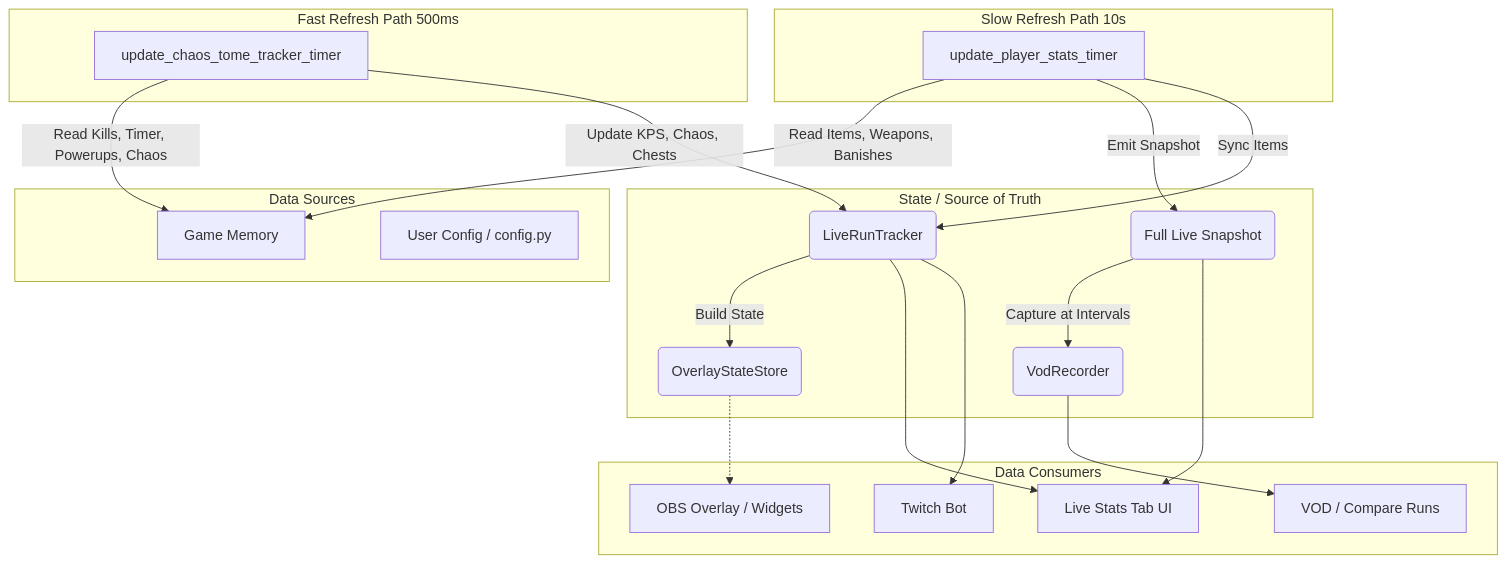
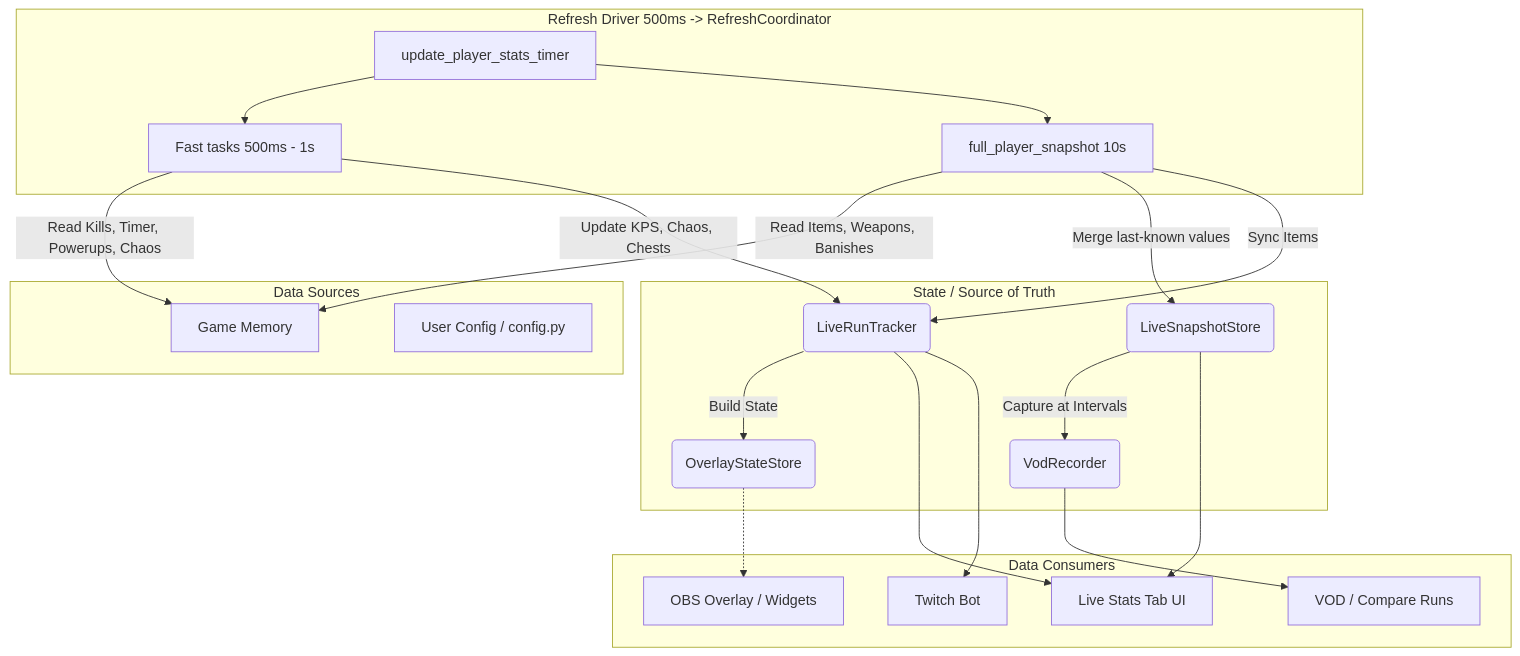
One commit to ALuiell/BonkScanner changed the second of 2 diagrams in docs/design/app/data_flow_architecture.md. Above: the diagram before and after it, drawn with Mermaid. The commit also changed other lines of this file and 2 other files, not shown here.

````diff
--- a/docs/design/app/data_flow_architecture.md
+++ b/docs/design/app/data_flow_architecture.md
@@ -55,48 +68,47 @@
 ```mermaid
 flowchart TD
     %% Sources
     subgraph Sources [Data Sources]
         GM[Game Memory]
         CFG[User Config / config.py]
     end
 
-    %% Fast Refresh Loop
-    subgraph FastRefresh [Fast Refresh Path 500ms]
-        FastTimer[update_chaos_tome_tracker_timer]
-        FastTimer -->|Read Kills, Timer, Powerups, Chaos| GM
-    end
-
-    %% Slow Refresh Loop
-    subgraph SlowRefresh [Slow Refresh Path 10s]
-        SlowTimer[update_player_stats_timer]
-        SlowTimer -->|Read Items, Weapons, Banishes| GM
+    %% Single driver, per-task cadence
+    subgraph Refresh [Refresh Driver 500ms -> RefreshCoordinator]
+        Driver[update_player_stats_timer]
+        Fast[Fast tasks 500ms - 1s]
+        Slow[full_player_snapshot 10s]
+        Driver --> Fast
+        Driver --> Slow
+        Fast -->|Read Kills, Timer, Powerups, Chaos| GM
+        Slow -->|Read Items, Weapons, Banishes| GM
     end
 
     %% State Owners
     subgraph StateOwners [State / Source of Truth]
         LRT(LiveRunTracker)
-        FLS(Full Live Snapshot)
+        FLS(LiveSnapshotStore)
         OS(OverlayStateStore)
         VODR(VodRecorder)
     end
 
-    FastTimer -->|Update KPS, Chaos, Chests| LRT
-    SlowTimer -->|Emit Snapshot| FLS
-    SlowTimer -->|Sync Items| LRT
+    Fast -->|Update KPS, Chaos, Chests| LRT
+    Slow -->|Merge last-known values| FLS
+    Slow -->|Sync Items| LRT
     LRT -->|Build State| OS
     FLS -->|Capture at Intervals| VODR
 
     %% Consumers
     subgraph Consumers [Data Consumers]
         UI[Live Stats Tab UI]
         OBS[OBS Overlay / Widgets]
         TB[Twitch Bot]
         VODC[VOD / Compare Runs]
     end
 
     FLS --> UI
     LRT --> UI
     LRT --> TB
     OS -.-> OBS
     VODR --> VODC
 ```
````
